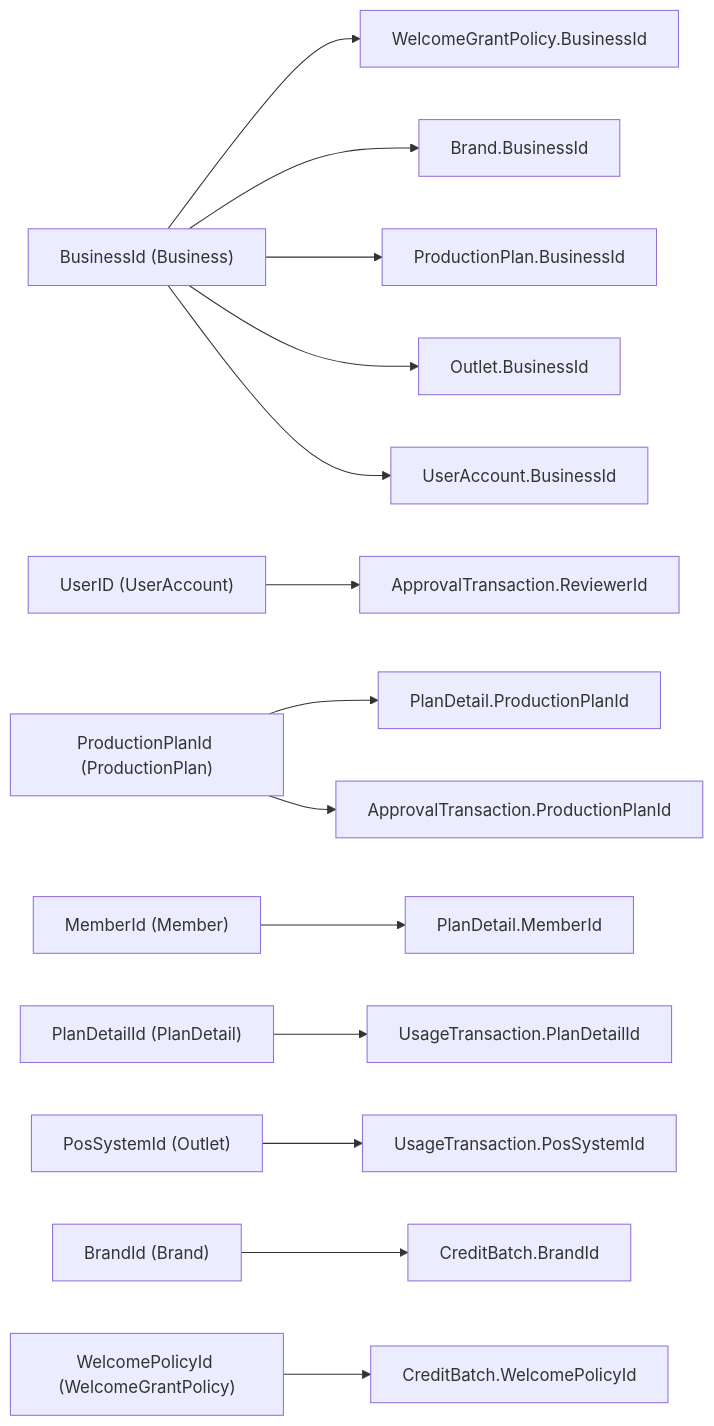
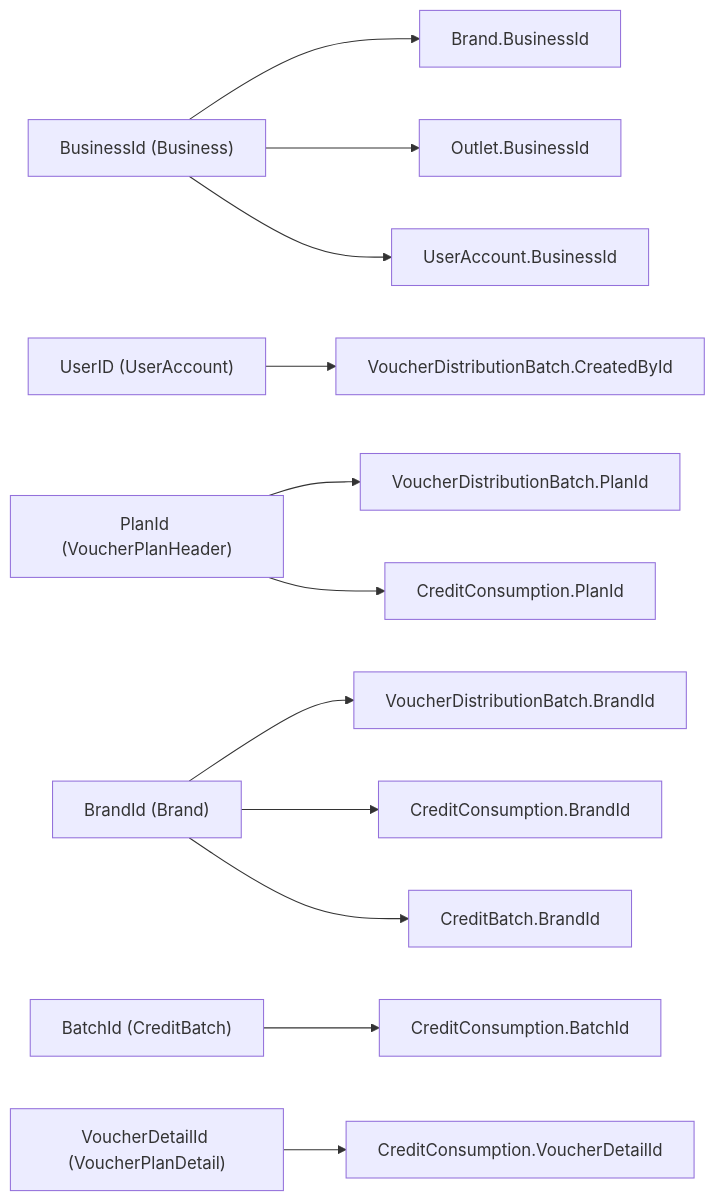
The third of 3 diagrams in .qoder/repowiki/en/content/Data Models and Database Design/Core Business Entities.md (lamhongbac/NonCash), drawn with Mermaid before and after one commit. The commit also changed other lines of this file and 111 other files, not shown here.

````diff
--- a/.qoder/repowiki/en/content/Data Models and Database Design/Core Business Entities.md
+++ b/.qoder/repowiki/en/content/Data Models and Database Design/Core Business Entities.md
@@ -1112,16 +1046,14 @@
 ```mermaid
 graph LR
-BusinessId["BusinessId (Business)"] --> WelcomePolicyBusiness["WelcomeGrantPolicy.BusinessId"]
-BusinessId --> BrandBusiness["Brand.BusinessId"]
-BusinessId --> ProductionPlanBusiness["ProductionPlan.BusinessId"]
+BusinessId["BusinessId (Business)"] --> BrandBusiness["Brand.BusinessId"]
 BusinessId --> OutletBusiness["Outlet.BusinessId"]
 BusinessId --> UserAccountBusiness["UserAccount.BusinessId"]
-UserID["UserID (UserAccount)"] --> ApprovalTransactionReviewer["ApprovalTransaction.ReviewerId"]
-ProductionPlanId["ProductionPlanId (ProductionPlan)"] --> PlanDetailProductionPlan["PlanDetail.ProductionPlanId"]
-ProductionPlanId --> ApprovalTransactionProductionPlan["ApprovalTransaction.ProductionPlanId"]
-MemberId["MemberId (Member)"] --> PlanDetailMember["PlanDetail.MemberId"]
-PlanDetailId["PlanDetailId (PlanDetail)"] --> UsageTransactionPlanDetail["UsageTransaction.PlanDetailId"]
-PosSystemId["PosSystemId (Outlet)"] --> UsageTransactionPosSystem["UsageTransaction.PosSystemId"]
-BrandId["BrandId (Brand)"] --> CreditBatchBrand["CreditBatch.BrandId"]
-WelcomePolicyId["WelcomePolicyId (WelcomeGrantPolicy)"] --> CreditBatchWelcome["CreditBatch.WelcomePolicyId"]
+UserID["UserID (UserAccount)"] --> VoucherDistributionCreatedBy["VoucherDistributionBatch.CreatedById"]
+PlanId["PlanId (VoucherPlanHeader)"] --> VoucherDistributionPlan["VoucherDistributionBatch.PlanId"]
+PlanId --> CreditConsumptionPlan["CreditConsumption.PlanId"]
+BrandId["BrandId (Brand)"] --> VoucherDistributionBrand["VoucherDistributionBatch.BrandId"]
+BrandId --> CreditConsumptionBrand["CreditConsumption.BrandId"]
+BrandId --> CreditBatchBrand["CreditBatch.BrandId"]
+BatchId["BatchId (CreditBatch)"] --> CreditConsumptionBatch["CreditConsumption.BatchId"]
+VoucherDetailId["VoucherDetailId (VoucherPlanDetail)"] --> CreditConsumptionVoucher["CreditConsumption.VoucherDetailId"]
 ```
````
